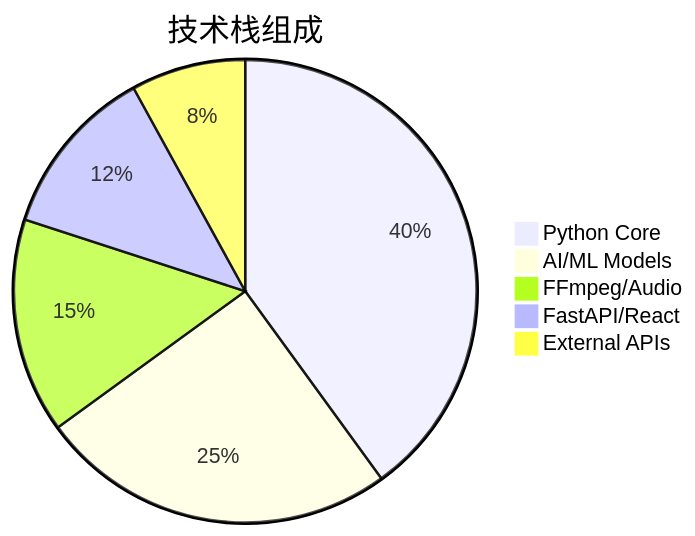
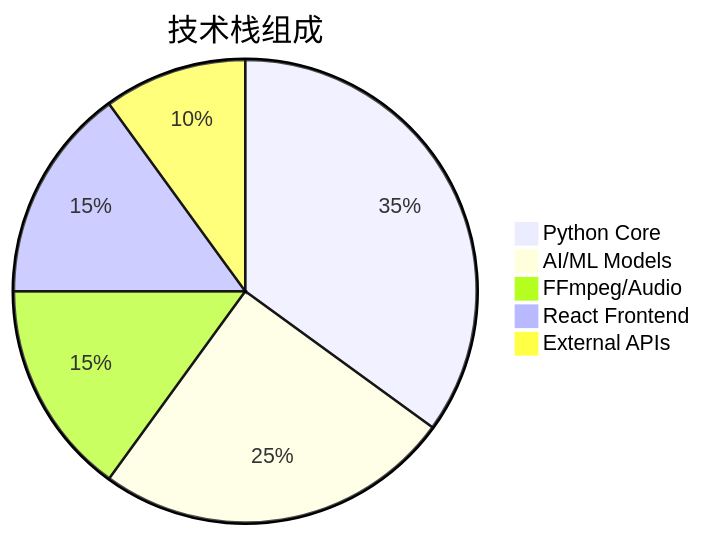
Diagram 21 of 21 in docs/ARCHITECTURE.md (NuoManDai/VedioAITranslateSub), drawn with Mermaid before and after one commit. The commit also changed other lines of this file and 1 other file, not shown here.

````diff
--- a/docs/ARCHITECTURE.md
+++ b/docs/ARCHITECTURE.md
@@ -1121,8 +1298,8 @@
 ```mermaid
 pie title 技术栈组成
-    "Python Core" : 40
+    "Python Core" : 35
     "AI/ML Models" : 25
     "FFmpeg/Audio" : 15
-    "FastAPI/React" : 12
-    "External APIs" : 8
+    "React Frontend" : 15
+    "External APIs" : 10
 ```
````
